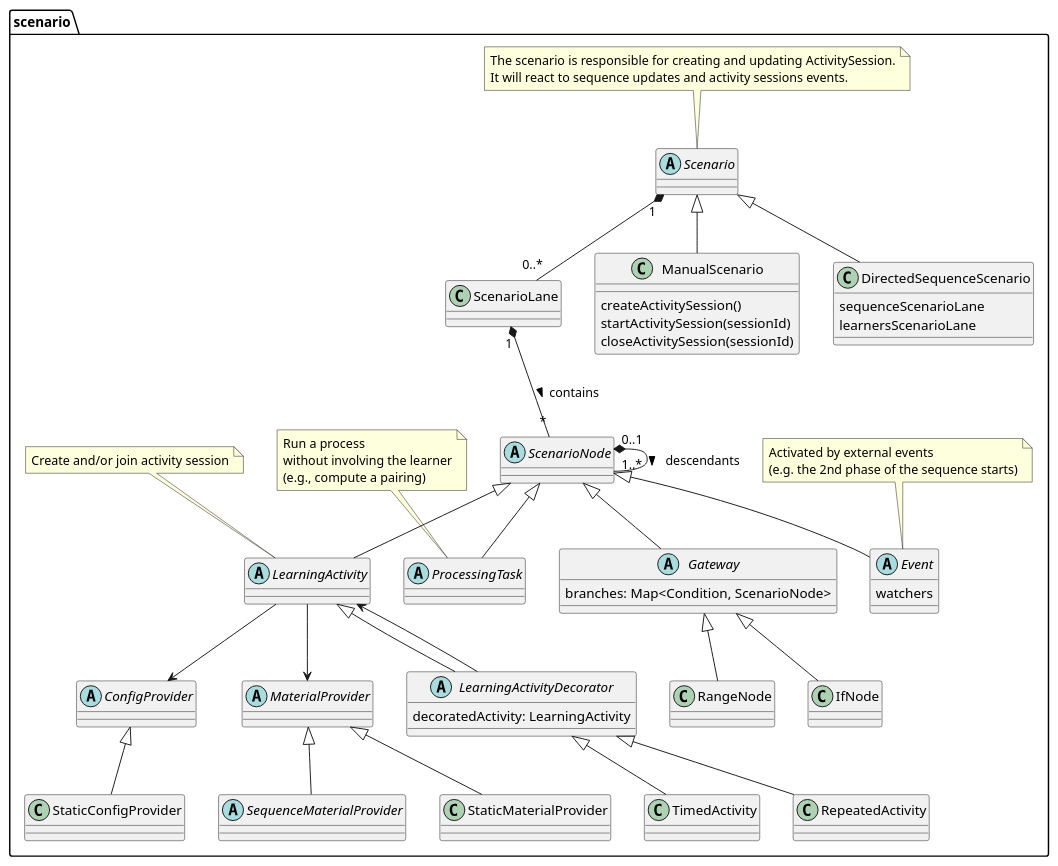
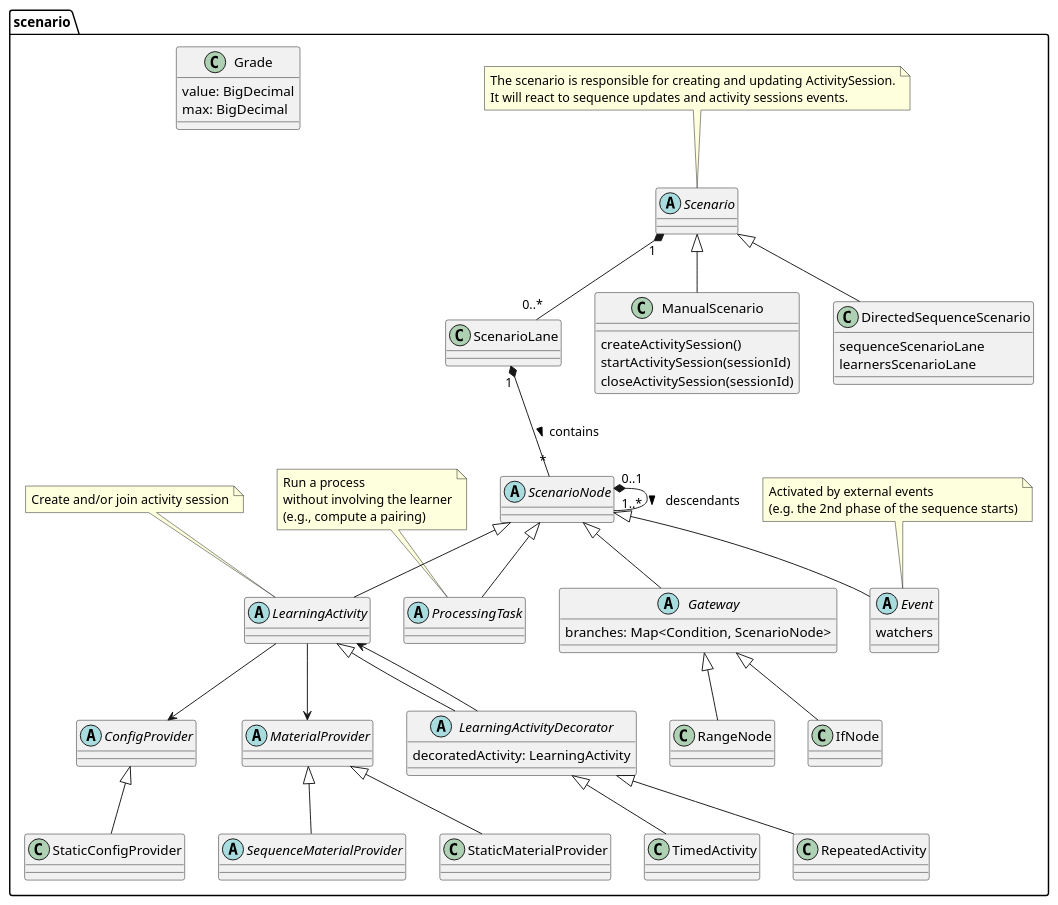
The diagram in docs/technical/uml/scenario.puml (elaastic/ElaastiX), drawn with PlantUML before and after one commit. The commit also changed 1 other file, not shown here.

Commit message:
doc(model): Introduce Grade class

```diff
--- a/docs/technical/uml/scenario.puml
+++ b/docs/technical/uml/scenario.puml
@@ -1,76 +1,80 @@
 @startuml
 'https://plantuml.com/class-diagram
 
 package scenario {
     abstract class Scenario
     note top
     The scenario is responsible for creating and updating ActivitySession.
     It will react to sequence updates and activity sessions events.
     end note
 
     class ScenarioLane
 
     Scenario "1" *-- "0..*" ScenarioLane
 
     class ManualScenario extends Scenario {
         createActivitySession()
         startActivitySession(sessionId)
         closeActivitySession(sessionId)
     }
 
     class DirectedSequenceScenario extends Scenario {
         sequenceScenarioLane
         learnersScenarioLane
     }
 
     abstract class ScenarioNode
 
     abstract class LearningActivityDecorator extends LearningActivity {
         decoratedActivity: LearningActivity
     }
 
     LearningActivityDecorator --> LearningActivity
 
     class TimedActivity extends LearningActivityDecorator
     class RepeatedActivity extends LearningActivityDecorator
 
 
     ScenarioLane "1" *-- "*" ScenarioNode : contains >
     ScenarioNode "0..1" *-- "1..*" ScenarioNode : descendants >
 
     abstract class Event extends ScenarioNode {
         watchers
     }
     note top
         Activated by external events
         (e.g. the 2nd phase of the sequence starts)
     end note
 
     abstract class Gateway extends ScenarioNode {
         branches: Map<Condition, ScenarioNode>
     }
 
     class IfNode extends Gateway
     class RangeNode extends Gateway
 
     abstract class ProcessingTask extends ScenarioNode
     note top
         Run a process
         without involving the learner
         (e.g., compute a pairing)
     end note
 
     abstract class LearningActivity extends ScenarioNode
     note top: Create and/or join activity session
 
     abstract class ConfigProvider
     abstract class MaterialProvider
     LearningActivity --> ConfigProvider
     LearningActivity --> MaterialProvider
 
     class StaticConfigProvider extends ConfigProvider
     class StaticMaterialProvider extends MaterialProvider
     abstract class SequenceMaterialProvider extends MaterialProvider
 
+    class Grade {
+        value: BigDecimal
+        max: BigDecimal
+    }
 }
 @enduml
```
